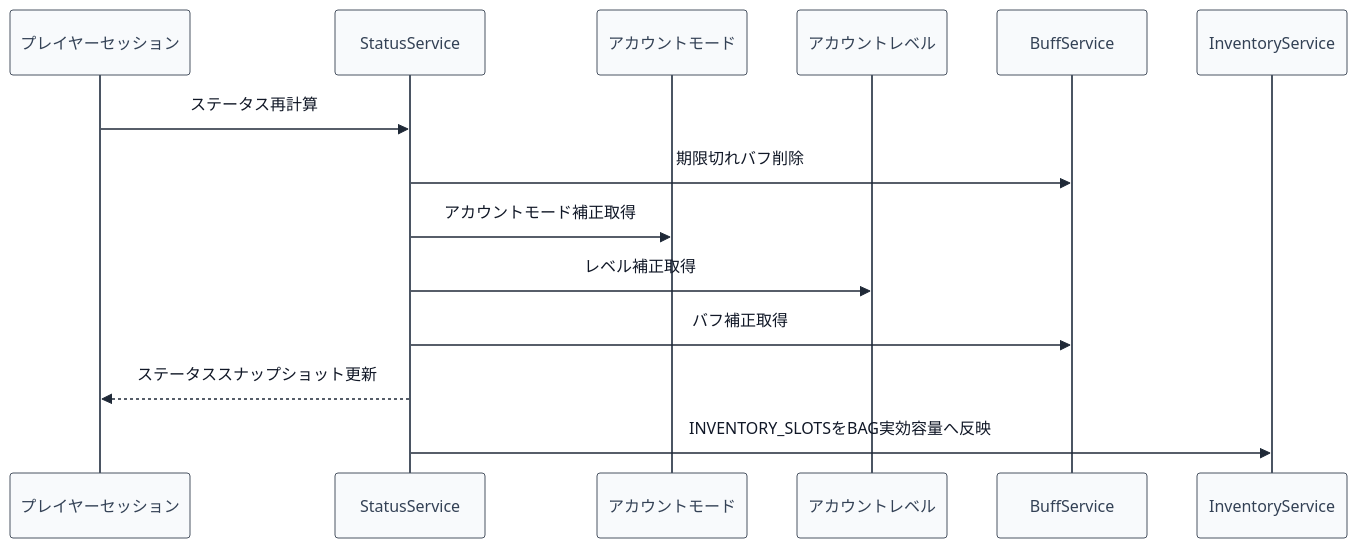
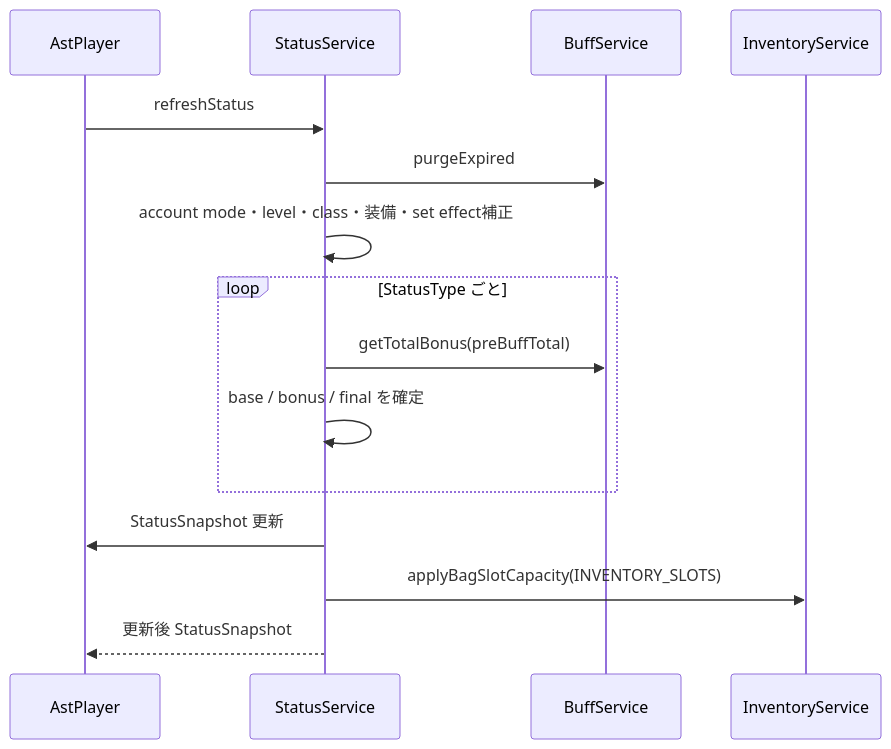
One commit to maaasu/AstralRecord-Workspace changed the first of 5 diagrams in 00_docs/10_Plugin設計書/feature/07-status/4-統合フロー/07_4.00-統合フロー.md. Above: the diagram before and after it, drawn with Mermaid. The commit also changed other lines of this file and 288 other files, not shown here.

````diff
--- a/00_docs/10_Plugin設計書/feature/07-status/4-統合フロー/07_4.00-統合フロー.md
+++ b/00_docs/10_Plugin設計書/feature/07-status/4-統合フロー/07_4.00-統合フロー.md
@@ -5,18 +7,18 @@
 ```mermaid
-%%{init: {"theme": "base", "themeVariables": {"lineColor": "#1f2937", "signalColor": "#1f2937", "signalTextColor": "#111827", "actorBkg": "#f8fafc", "actorBorder": "#4b5563", "actorTextColor": "#334155", "labelBoxBkgColor": "#ffffff", "labelBoxBorderColor": "#374151", "labelTextColor": "#111827"}}}%%
 sequenceDiagram
-    participant P as プレイヤーセッション
+    participant P as AstPlayer
     participant S as StatusService
-    participant A as アカウントモード
-    participant L as アカウントレベル
     participant B as BuffService
     participant I as InventoryService
 
-    P->>S: ステータス再計算
-    S->>B: 期限切れバフ削除
-    S->>A: アカウントモード補正取得
-    S->>L: レベル補正取得
-    S->>B: バフ補正取得
-    S-->>P: ステータススナップショット更新
-    S->>I: INVENTORY_SLOTSをBAG実効容量へ反映
+    P->>S: refreshStatus
+    S->>B: purgeExpired
+    S->>S: account mode・level・class・装備・set effect補正
+    loop StatusType ごと
+        S->>B: getTotalBonus(preBuffTotal)
+        S->>S: base / bonus / final を確定
+    end
+    S->>P: StatusSnapshot 更新
+    S->>I: applyBagSlotCapacity(INVENTORY_SLOTS)
+    S-->>P: 更新後 StatusSnapshot
 ```
````
